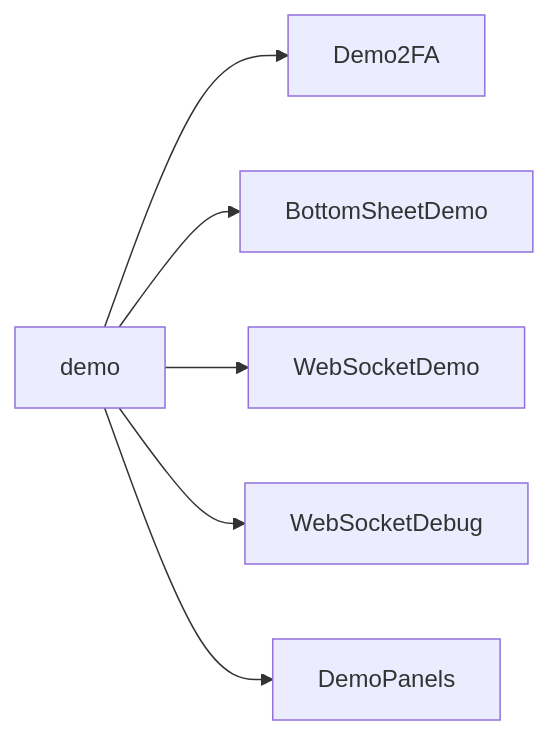
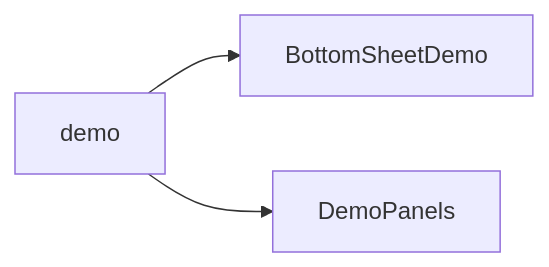
The ninth of 9 diagrams in Documentation/Frontend/Components/index.md (neofuture/chatr), drawn with Mermaid before and after one commit. The commit also changed other lines of this file and 158 other files, not shown here.

````diff
--- a/Documentation/Frontend/Components/index.md
+++ b/Documentation/Frontend/Components/index.md
@@ -90,8 +88,5 @@
 ```mermaid
 graph LR
-    demo --> Demo2FA
     demo --> BottomSheetDemo
-    demo --> WebSocketDemo
-    demo --> WebSocketDebug
     demo --> DemoPanels
 ```
````
